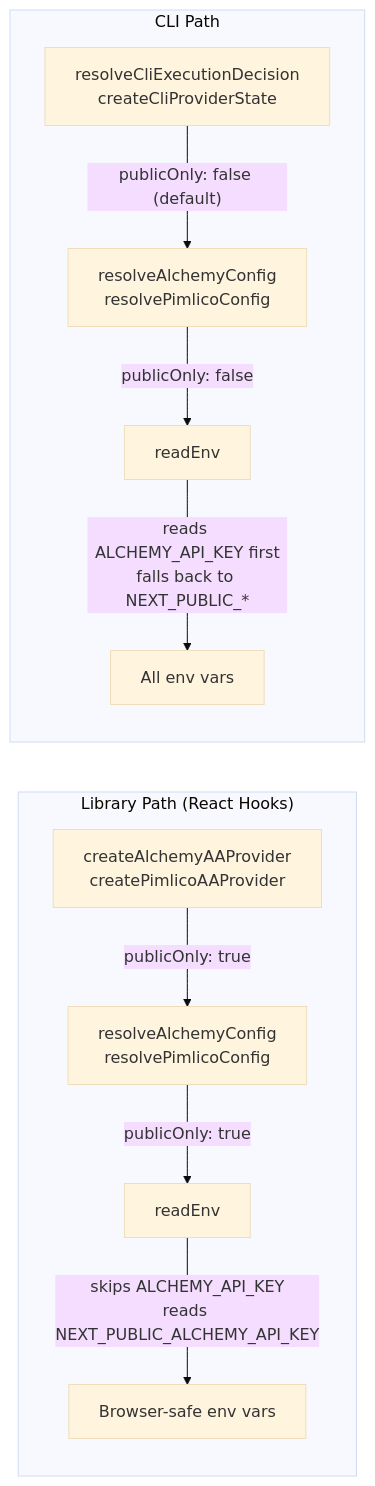
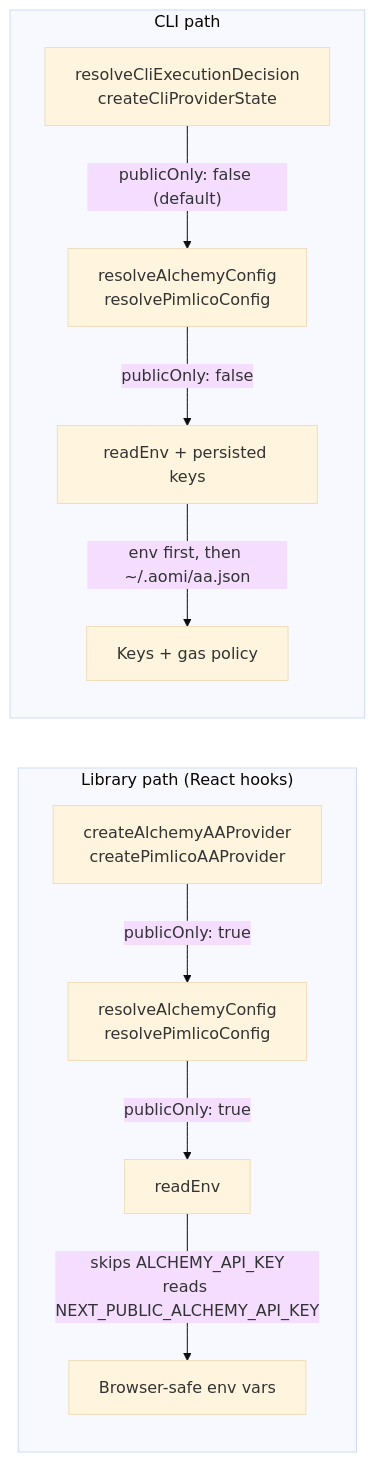
The second of 7 diagrams in specs/AA-ARCH.md (aomi-labs/aomi-widget), drawn with Mermaid (base theme) before and after one commit. The commit also changed other lines of this file and 11 other files, not shown here.

````diff
--- a/specs/AA-ARCH.md
+++ b/specs/AA-ARCH.md
@@ -72,20 +99,20 @@
 ```mermaid
 graph LR
-    subgraph "Library Path (React Hooks)"
+    subgraph "Library path (React hooks)"
         LH[createAlchemyAAProvider<br/>createPimlicoAAProvider]
         LR[resolveAlchemyConfig<br/>resolvePimlicoConfig]
         LE[readEnv]
         LH -->|"publicOnly: true"| LR
         LR -->|"publicOnly: true"| LE
         LE -->|"skips ALCHEMY_API_KEY<br/>reads NEXT_PUBLIC_ALCHEMY_API_KEY"| ENV_PUB[Browser-safe env vars]
     end
 
-    subgraph "CLI Path"
+    subgraph "CLI path"
         CE[resolveCliExecutionDecision<br/>createCliProviderState]
         CR[resolveAlchemyConfig<br/>resolvePimlicoConfig]
-        CRE[readEnv]
+        CRE[readEnv + persisted keys]
         CE -->|"publicOnly: false (default)"| CR
         CR -->|"publicOnly: false"| CRE
-        CRE -->|"reads ALCHEMY_API_KEY first<br/>falls back to NEXT_PUBLIC_*"| ENV_ALL[All env vars]
+        CRE -->|"env first, then ~/.aomi/aa.json"| ENV_ALL[Keys + gas policy]
     end
 ```
````
